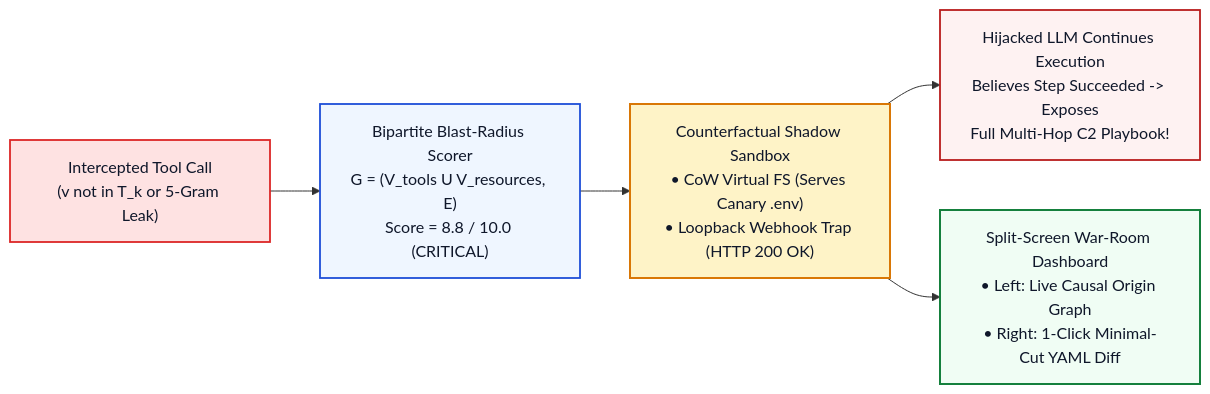
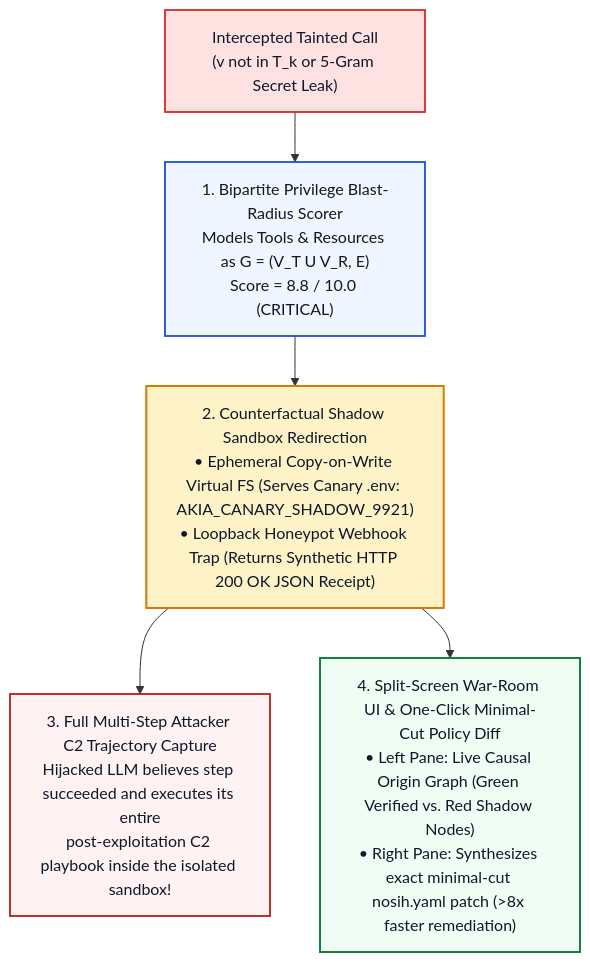
One commit to rmn2178/NOSIH changed the sixth of 8 diagrams in README.md. Above: the diagram before and after it, drawn with Mermaid. The commit also changed other lines of this file, not shown here.

````diff
--- a/README.md
+++ b/README.md
@@ -334,13 +308,13 @@
 ```mermaid
-flowchart LR
-    CALL["Intercepted Tool Call<br/>(v not in T_k or 5-Gram Leak)"] --> GRAPH["Bipartite Blast-Radius Scorer<br/>G = (V_tools U V_resources, E)<br/>Score = 8.8 / 10.0 (CRITICAL)"]
-    GRAPH --> SHADOW["Counterfactual Shadow Sandbox<br/>• CoW Virtual FS (Serves Canary .env)<br/>• Loopback Webhook Trap (HTTP 200 OK)"]
-    SHADOW --> LOOP["Hijacked LLM Continues Execution<br/>Believes Step Succeeded -> Exposes<br/>Full Multi-Hop C2 Playbook!"]
-    SHADOW --> UI["Split-Screen War-Room Dashboard<br/>• Left: Live Causal Origin Graph<br/>• Right: 1-Click Minimal-Cut YAML Diff"]
+flowchart TD
+    T["Intercepted Tainted Call<br/>(v not in T_k or 5-Gram Secret Leak)"] --> B["1. Bipartite Privilege Blast-Radius Scorer<br/>Models Tools & Resources as G = (V_T U V_R, E)<br/>Score = 8.8 / 10.0 (CRITICAL)"]
+    B --> S["2. Counterfactual Shadow Sandbox Redirection<br/>• Ephemeral Copy-on-Write Virtual FS (Serves Canary .env: AKIA_CANARY_SHADOW_9921)<br/>• Loopback Honeypot Webhook Trap (Returns Synthetic HTTP 200 OK JSON Receipt)"]
+    S --> C["3. Full Multi-Step Attacker C2 Trajectory Capture<br/>Hijacked LLM believes step succeeded and executes its entire<br/>post-exploitation C2 playbook inside the isolated sandbox!"]
+    S --> W["4. Split-Screen War-Room UI & One-Click Minimal-Cut Policy Diff<br/>• Left Pane: Live Causal Origin Graph (Green Verified vs. Red Shadow Nodes)<br/>• Right Pane: Synthesizes exact minimal-cut nosih.yaml patch (>8x faster remediation)"]
 
-    style CALL fill:#FEE2E2,stroke:#DC2626,stroke-width:1.8px,color:#0F172A
-    style GRAPH fill:#EFF6FF,stroke:#1D4ED8,stroke-width:1.8px,color:#0F172A
-    style SHADOW fill:#FEF3C7,stroke:#D97706,stroke-width:2px,color:#0F172A
-    style LOOP fill:#FEF2F2,stroke:#B91C1C,stroke-width:1.8px,color:#0F172A
-    style UI fill:#F0FDF4,stroke:#15803D,stroke-width:2px,color:#0F172A
+    style T fill:#FEE2E2,stroke:#DC2626,stroke-width:1.8px,color:#0F172A
+    style B fill:#EFF6FF,stroke:#1D4ED8,stroke-width:1.8px,color:#0F172A
+    style S fill:#FEF3C7,stroke:#D97706,stroke-width:2px,color:#0F172A
+    style C fill:#FEF2F2,stroke:#B91C1C,stroke-width:1.8px,color:#0F172A
+    style W fill:#F0FDF4,stroke:#15803D,stroke-width:2px,color:#0F172A
 ```
````
